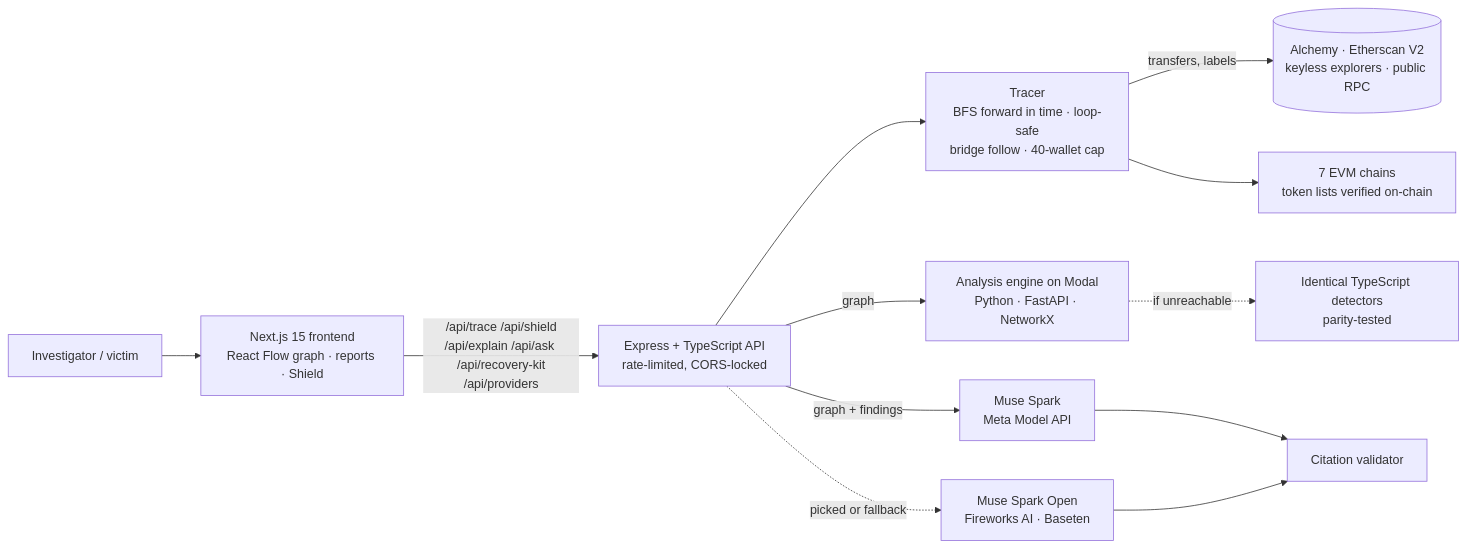
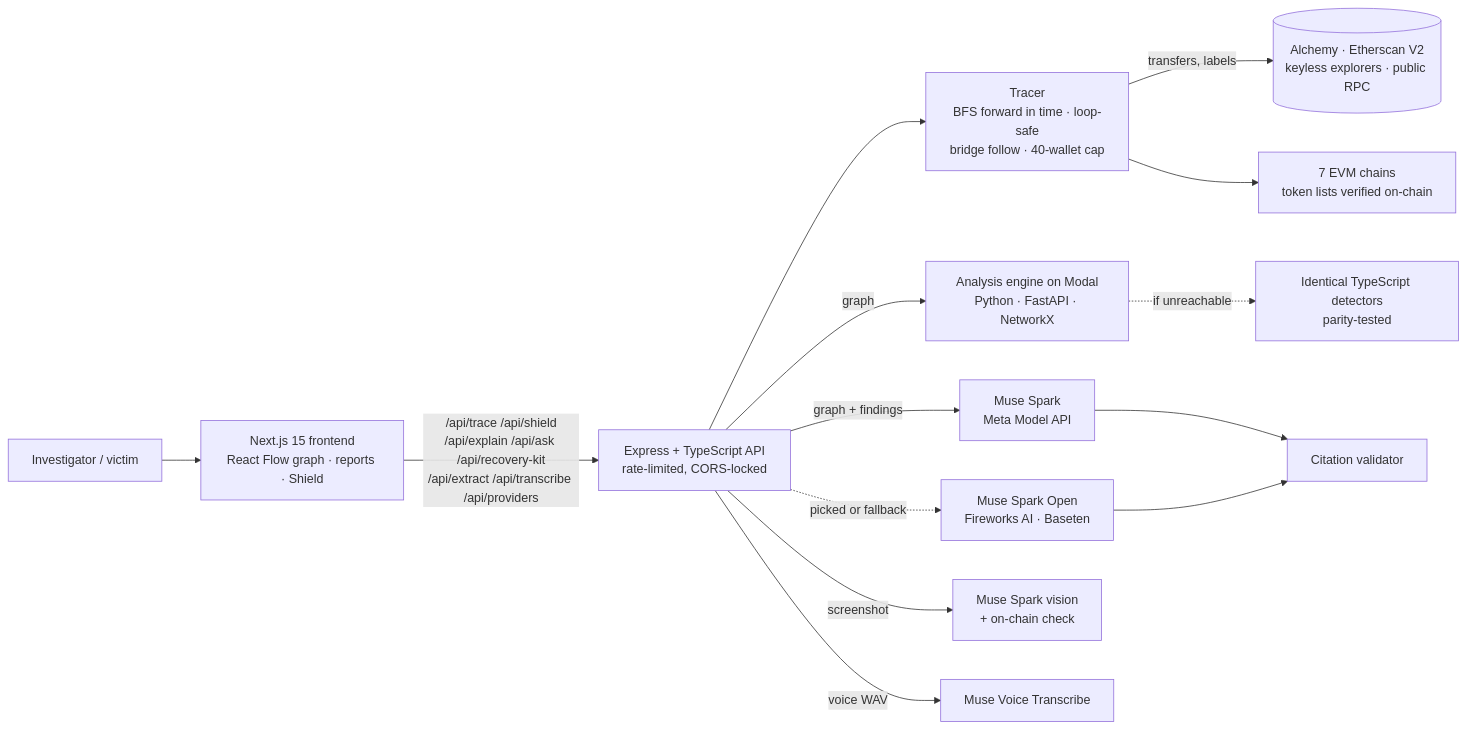
Before and after one commit to ekumahost/TraceX: the diagram in README.md, drawn with Mermaid. The commit also changed other lines of this file and 20 other files, not shown here.

First line of the commit message:
Screenshot to trace (Muse Spark vision) and voice statement (Muse Voice Transcribe)

````diff
--- a/README.md
+++ b/README.md
@@ -98,14 +105,16 @@
 ```mermaid
 flowchart LR
   U[Investigator / victim] --> FE[Next.js 15 frontend<br/>React Flow graph · reports · Shield]
-  FE -->|/api/trace /api/shield<br/>/api/explain /api/ask /api/recovery-kit<br/>/api/providers| BE[Express + TypeScript API<br/>rate-limited, CORS-locked]
+  FE -->|/api/trace /api/shield<br/>/api/explain /api/ask /api/recovery-kit<br/>/api/extract /api/transcribe /api/providers| BE[Express + TypeScript API<br/>rate-limited, CORS-locked]
   BE --> TR[Tracer<br/>BFS forward in time · loop-safe<br/>bridge follow · 40-wallet cap]
   TR -->|transfers, labels| DATA[(Alchemy · Etherscan V2<br/>keyless explorers · public RPC)]
   TR --> CH[7 EVM chains<br/>token lists verified on-chain]
   BE -->|graph| MO[Analysis engine on Modal<br/>Python · FastAPI · NetworkX]
   MO -.->|if unreachable| TS[Identical TypeScript detectors<br/>parity-tested]
   BE -->|graph + findings| META[Muse Spark<br/>Meta Model API]
   BE -.->|picked or fallback| OPEN[Muse Spark Open<br/>Fireworks AI · Baseten]
   META --> V[Citation validator]
   OPEN --> V
+  BE -->|screenshot| VIS[Muse Spark vision<br/>+ on-chain check]
+  BE -->|voice WAV| ASR[Muse Voice Transcribe]
 ```
````
